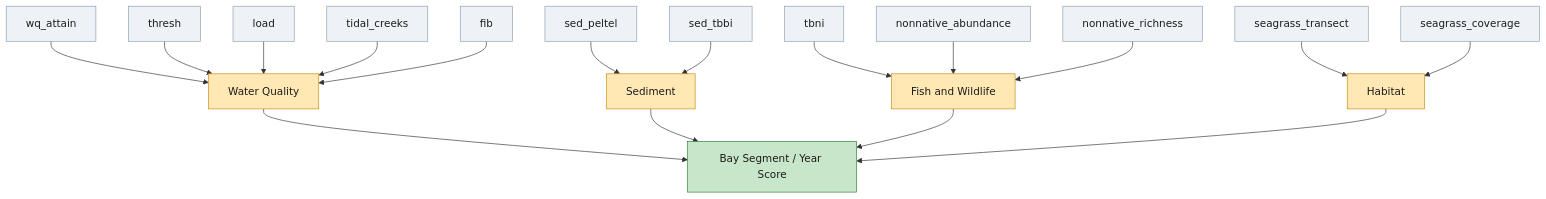
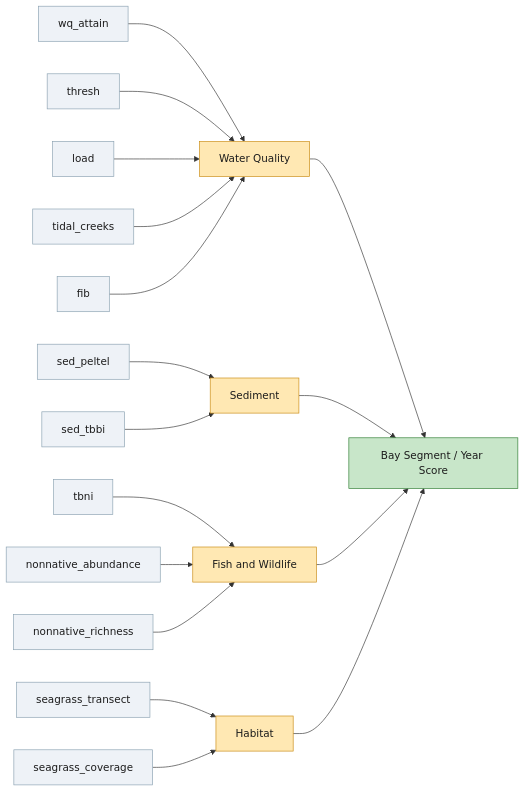
One commit to tbep-tech/tbepreport changed the diagram in vignettes/scoring.qmd. Above: the diagram before and after it, drawn with Mermaid. The commit also changed other lines of this file, not shown here.

Commit message:
change mermaid to LR

````diff
--- a/vignettes/scoring.qmd
+++ b/vignettes/scoring.qmd
@@ -307,32 +307,32 @@
 ```{mermaid}
 %%| fig-width: 8.5
-flowchart TD
+flowchart LR
     A1["wq_attain"] --> WQ["Water Quality"]
     A2["thresh"] --> WQ
     A3["load"] --> WQ
     A4["tidal_creeks"] --> WQ
     A5["fib"] --> WQ
 
     B1["sed_peltel"] --> SED["Sediment"]
     B2["sed_tbbi"] --> SED
 
     C1["tbni"] --> FW["Fish and Wildlife"]
     C2["nonnative_abundance"] --> FW
     C3["nonnative_richness"] --> FW
 
     D1["seagrass_transect"] --> HAB["Habitat"]
     D2["seagrass_coverage"] --> HAB
 
     WQ --> SCORE["Bay Segment / Year Score"]
     SED --> SCORE
     FW --> SCORE
     HAB --> SCORE
 
     classDef indicator fill:#eef2f7,stroke:#8aa1b1,color:#1c1c1c;
     classDef category fill:#ffe8b3,stroke:#c98a12,color:#1c1c1c;
     classDef score fill:#c8e6c9,stroke:#2e7d32,color:#1c1c1c;
 
     class A1,A2,A3,A4,A5,B1,B2,C1,C2,C3,D1,D2 indicator;
     class WQ,SED,FW,HAB category;
     class SCORE score;
 ```
````
